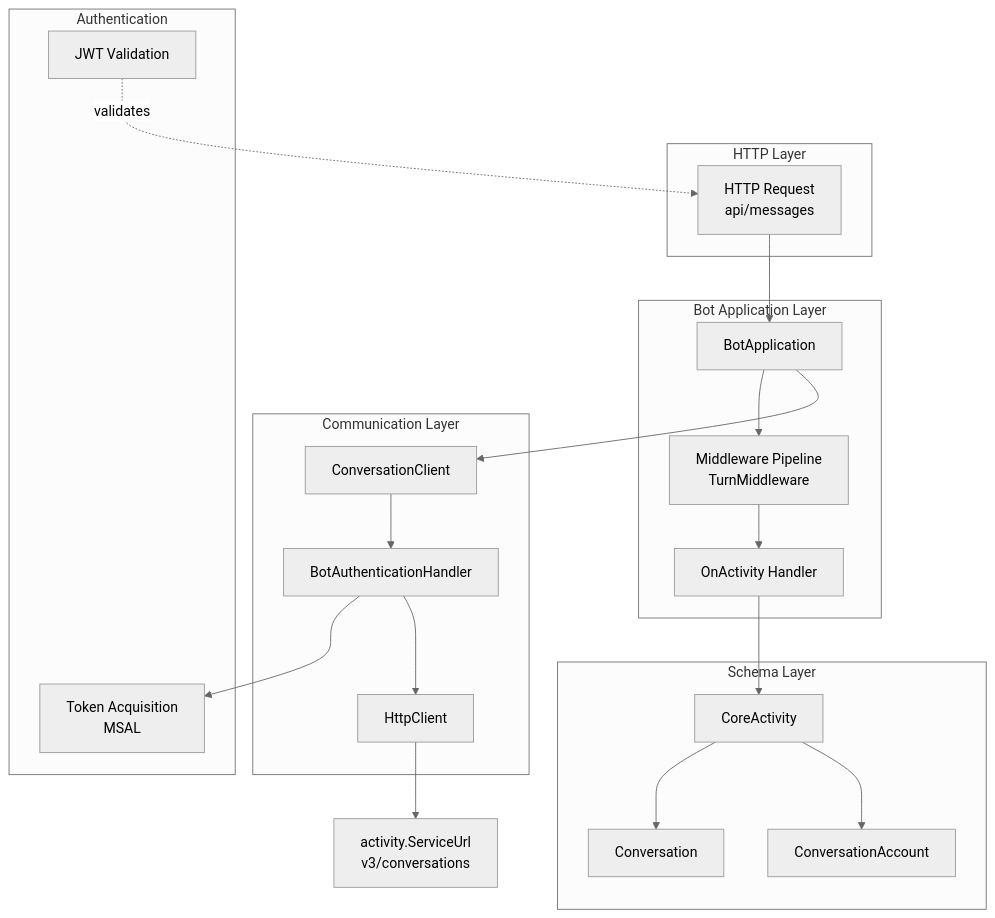
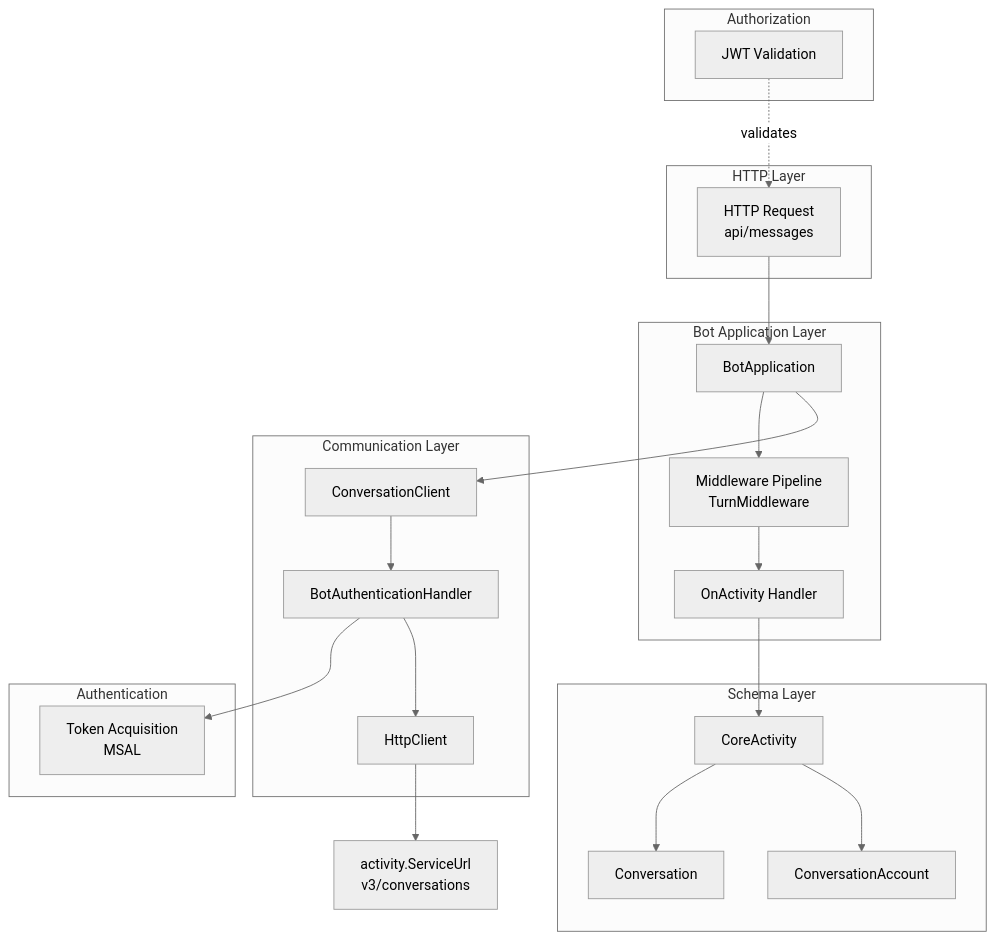
One commit to rido-min/teams.net changed the first of 6 diagrams in Architecture.md. Above: the diagram before and after it, drawn with Mermaid (neutral theme).

Commit message:
Separate JWT validation (Authorization) and Token Acquisition (Authentication) in Main Components diagram

````diff
--- a/Architecture.md
+++ b/Architecture.md
@@ -11,42 +11,45 @@
 ```mermaid
 graph TB
     subgraph "HTTP Layer"
         HTTP[HTTP Request<br/>api/messages]
     end
     
     subgraph "Bot Application Layer"
         BA[BotApplication]
         MW[Middleware Pipeline<br/>TurnMiddleware]
         Handler[OnActivity Handler]
     end
     
     subgraph "Schema Layer"
         Activity[CoreActivity]
         Conv[Conversation]
         Account[ConversationAccount]
     end
     
     subgraph "Communication Layer"
         CC[ConversationClient]
         AuthHandler[BotAuthenticationHandler]
         HTTPClient[HttpClient]
     end
     
+    subgraph "Authorization"
+        JWT[JWT Validation]
+    end
+    
     subgraph "Authentication"
-        JWT[JWT Validation]
         MSAL[Token Acquisition<br/>MSAL]
     end
     
     HTTP --> BA
     BA --> MW
     MW --> Handler
     Handler --> Activity
     Activity --> Conv
     Activity --> Account
     BA --> CC
     CC --> AuthHandler
     AuthHandler --> MSAL
     AuthHandler --> HTTPClient
     HTTPClient --> ServiceURL[activity.ServiceUrl<br/>v3/conversations]
     JWT -.validates.-> HTTP
 ```
````
